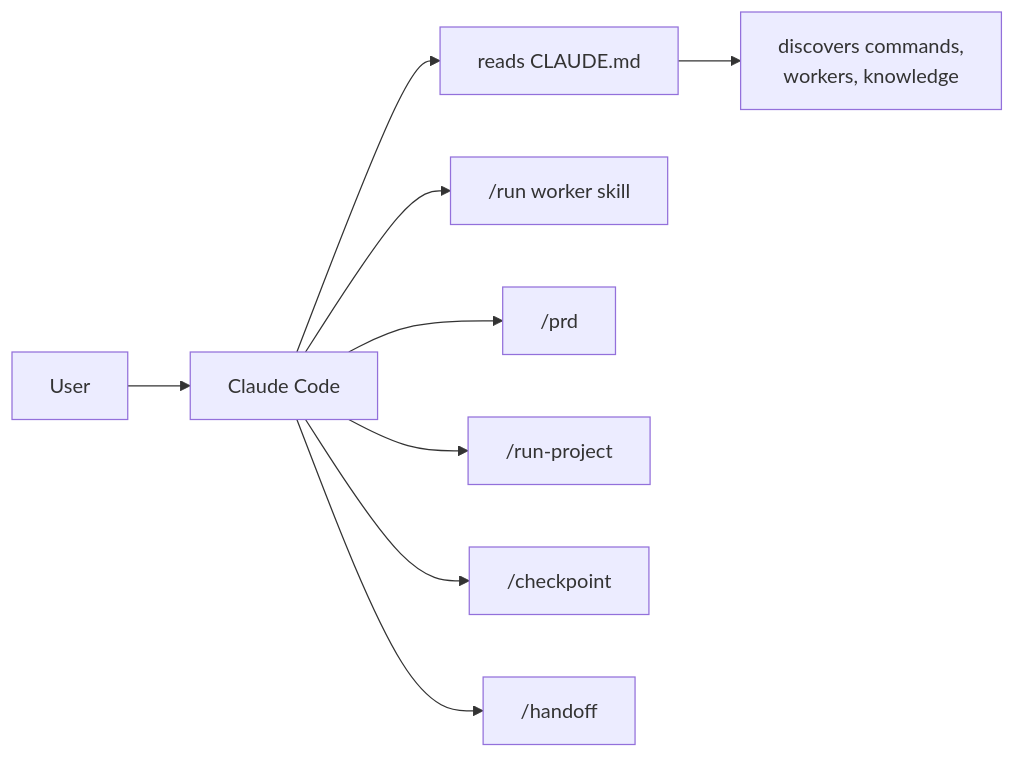
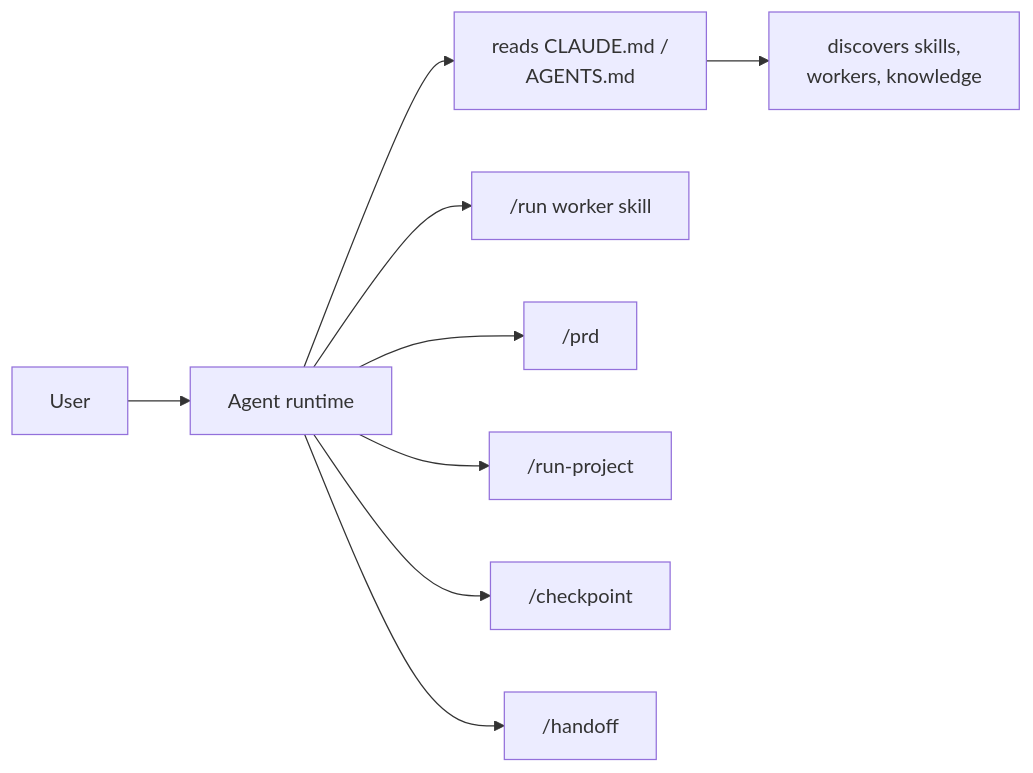
One commit to indigoai-us/indigo-docs changed the third of 5 diagrams in src/content/docs/hq/architecture/1-overview.mdx. Above: the diagram before and after it, drawn with Mermaid. The commit also changed other lines of this file and 92 other files, not shown here.

````diff
--- a/src/content/docs/hq/architecture/1-overview.mdx
+++ b/src/content/docs/hq/architecture/1-overview.mdx
@@ -68,11 +62,11 @@
 ```mermaid
 graph LR
-    user["User"] --> cc["Claude Code"]
-    cc --> claude["reads CLAUDE.md"]
-    claude --> discover["discovers commands,<br/>workers, knowledge"]
+    user["User"] --> cc["Agent runtime"]
+    cc --> claude["reads CLAUDE.md /<br/>AGENTS.md"]
+    claude --> discover["discovers skills,<br/>workers, knowledge"]
     cc --> run["/run worker skill"]
     cc --> prd["/prd"]
     cc --> rp["/run-project"]
     cc --> cp["/checkpoint"]
     cc --> ho["/handoff"]
 ```
````
